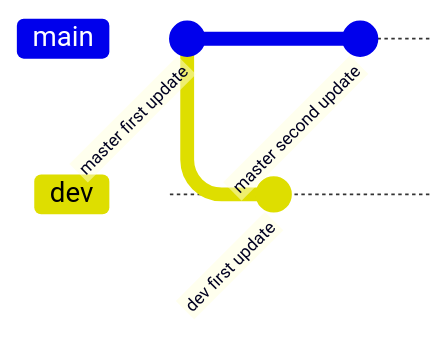
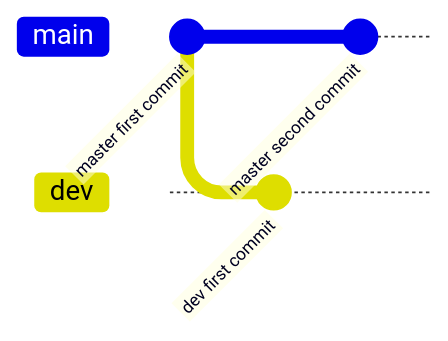
Before and after one commit to dmjcb/dmjcb.github.io: the eighth of 14 diagrams in _posts/software/git/2024-09-24-命令.md, drawn with Mermaid. The commit also changed other lines of this file and 165 other files, not shown here.

````diff
--- a/_posts/software/git/2024-09-24-命令.md
+++ b/_posts/software/git/2024-09-24-命令.md
@@ -583,9 +527,9 @@
 ```mermaid
 gitGraph
-    commit id: "master first update"
+    commit id: "master first commit"
     branch dev
     switch dev
-    commit id: "dev first update"
+    commit id: "dev first commit"
     switch main
-    commit id: "master second update"
+    commit id: "master second commit"
 ```
````
